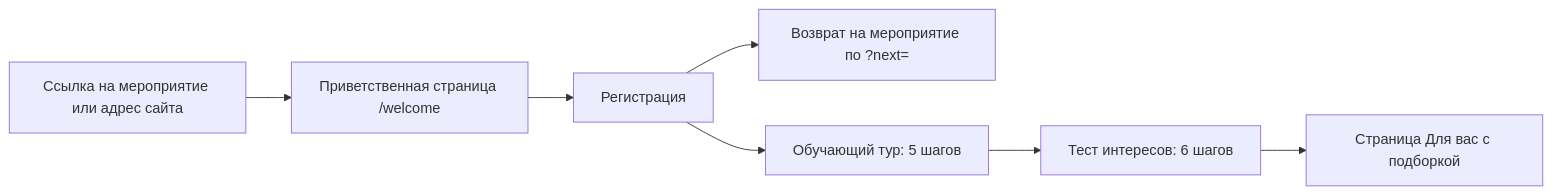
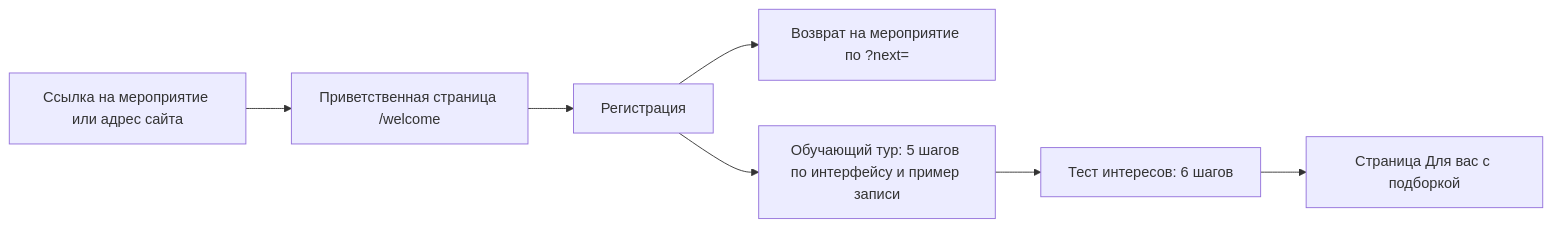
One commit to Re-Hub-TUSUR/fsp_finals_2026 changed the tenth of 14 diagrams in docs-zensical/docs/user-flows/index.md. Above: the diagram before and after it, drawn with Mermaid. The commit also changed 9 other files, not shown here.

````diff
--- a/docs-zensical/docs/user-flows/index.md
+++ b/docs-zensical/docs/user-flows/index.md
@@ -140,9 +140,9 @@
 ```mermaid
 flowchart LR
   a["Ссылка на мероприятие или адрес сайта"] --> b["Приветственная страница /welcome"]
   b --> c["Регистрация"]
   c --> d["Возврат на мероприятие по ?next="]
-  c --> e["Обучающий тур: 5 шагов"]
+  c --> e["Обучающий тур: 5 шагов по интерфейсу и пример записи"]
   e --> f["Тест интересов: 6 шагов"]
   f --> g["Страница Для вас с подборкой"]
 ```
````
